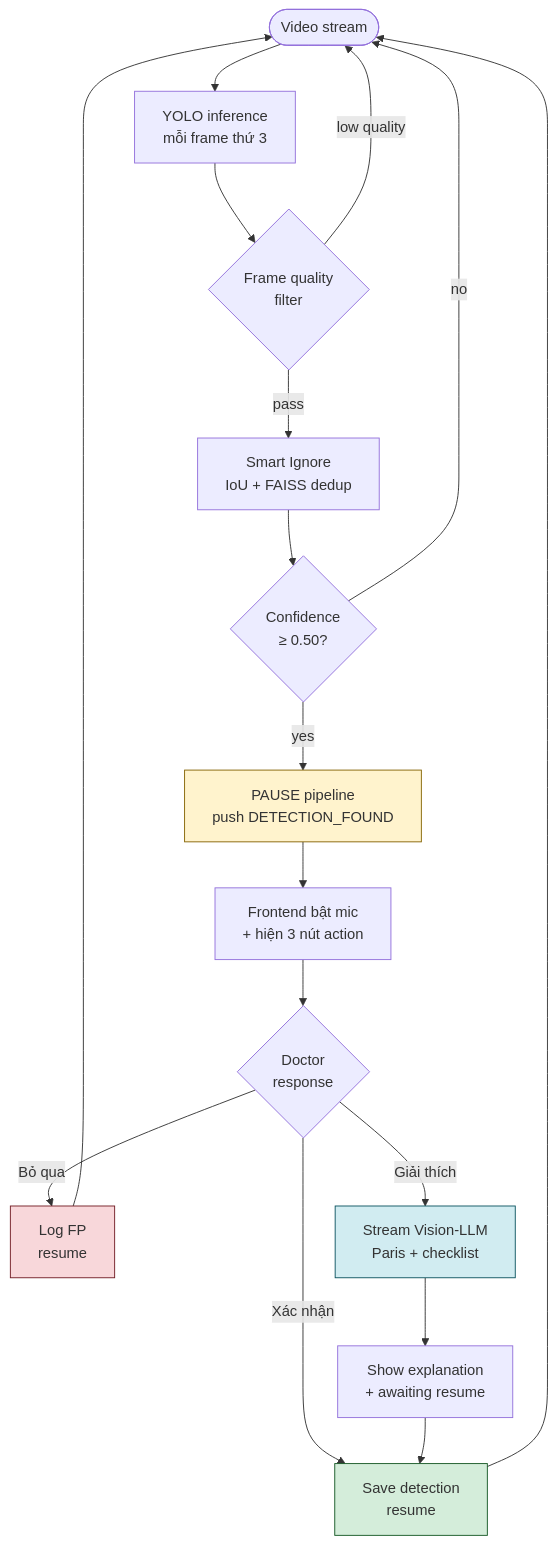
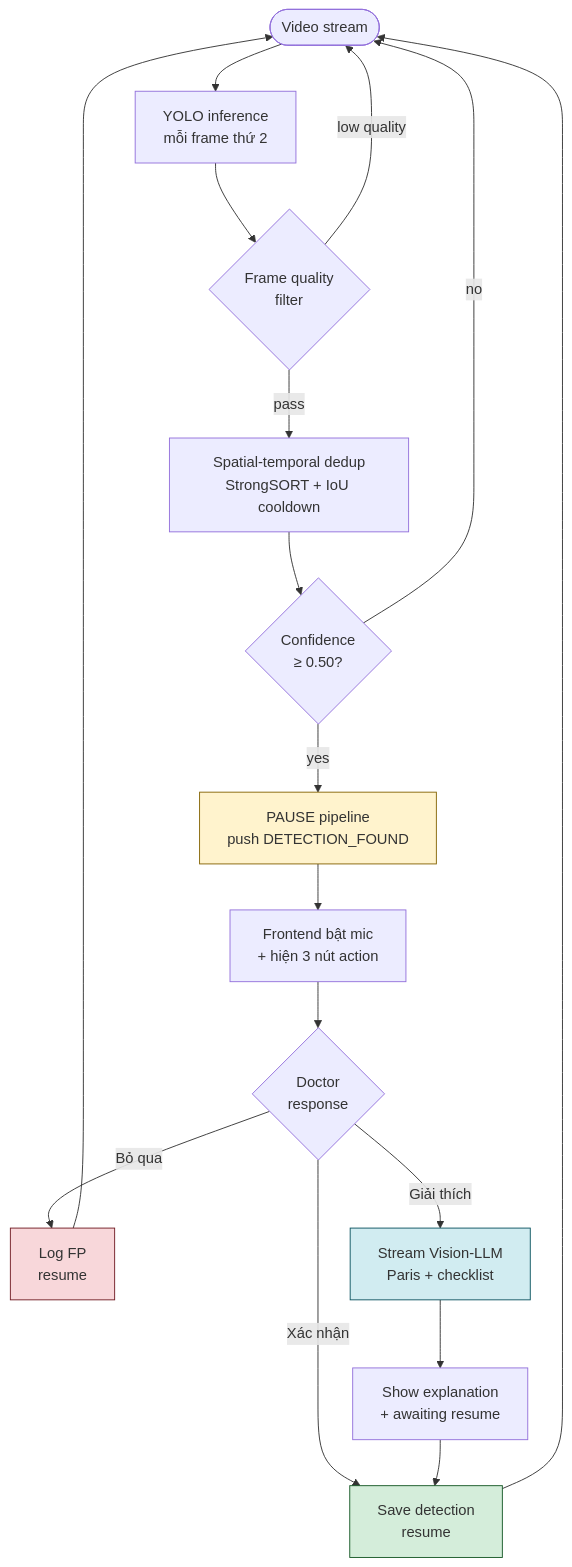
Before and after one commit to nanhbui/Endoscopy-AI: the first of 3 diagrams in README.md, drawn with Mermaid. The commit also changed other lines of this file and 1 other file, not shown here.

````diff
--- a/README.md
+++ b/README.md
@@ -83,24 +83,24 @@
 ```mermaid
 flowchart TD
-    A([Video stream]) --> B[YOLO inference<br/>mỗi frame thứ 3]
+    A([Video stream]) --> B[YOLO inference<br/>mỗi frame thứ 2]
     B --> C{Frame quality<br/>filter}
     C -- low quality --> A
-    C -- pass --> D[Smart Ignore<br/>IoU + FAISS dedup]
+    C -- pass --> D[Spatial-temporal dedup<br/>StrongSORT + IoU cooldown]
     D --> E{Confidence<br/>≥ 0.50?}
     E -- no --> A
     E -- yes --> F[PAUSE pipeline<br/>push DETECTION_FOUND]
     F --> G[Frontend bật mic<br/>+ hiện 3 nút action]
     G --> H{Doctor<br/>response}
     H -- "Bỏ qua" --> I[Log FP<br/>resume]
     H -- "Giải thích" --> J[Stream Vision-LLM<br/>Paris + checklist]
     H -- "Xác nhận" --> K[Save detection<br/>resume]
     J --> L[Show explanation<br/>+ awaiting resume]
     L --> K
     I --> A
     K --> A
 
     style F fill:#fff3cd,stroke:#856404
     style J fill:#d1ecf1,stroke:#0c5460
     style K fill:#d4edda,stroke:#155724
     style I fill:#f8d7da,stroke:#721c24
 ```
````
